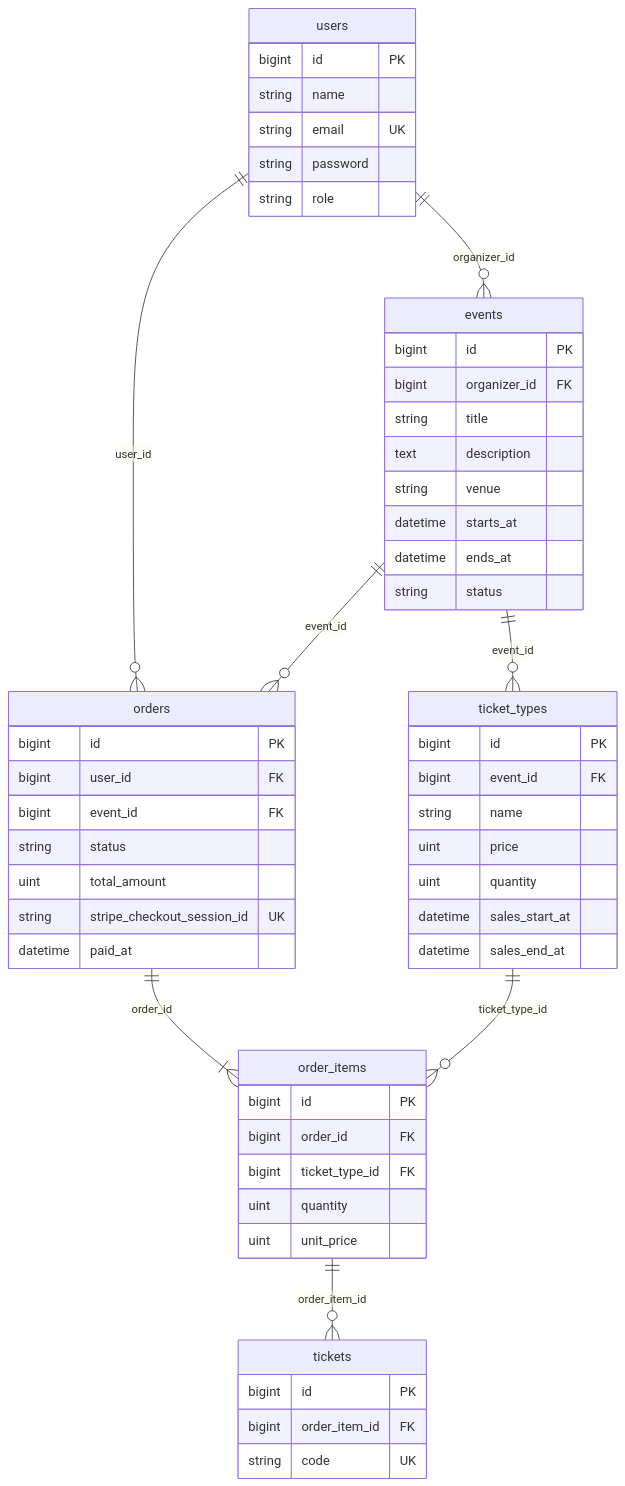
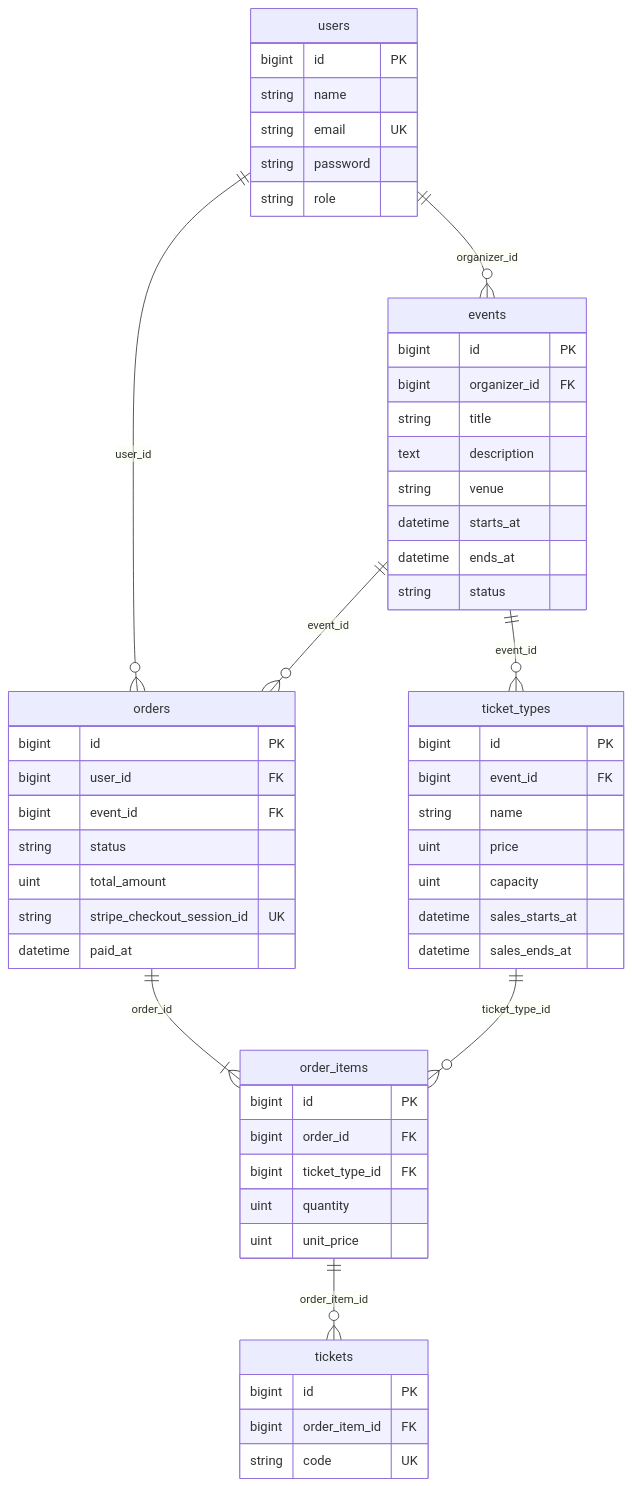
The diagram in doc/design/database.md (nekonimatatabi/ticket-app), drawn with Mermaid before and after one commit. The commit also changed other lines of this file and 9 other files, not shown here.

````diff
--- a/doc/design/database.md
+++ b/doc/design/database.md
@@ -5,58 +5,58 @@
 ```mermaid
 erDiagram
     users ||--o{ events : organizer_id
     users ||--o{ orders : user_id
     events ||--o{ ticket_types : event_id
     events ||--o{ orders : event_id
     orders ||--|{ order_items : order_id
     ticket_types ||--o{ order_items : ticket_type_id
     order_items ||--o{ tickets : order_item_id
 
     users {
         bigint id PK
         string name
         string email UK
         string password
         string role
     }
     events {
         bigint id PK
         bigint organizer_id FK
         string title
         text description
         string venue
         datetime starts_at
         datetime ends_at
         string status
     }
     ticket_types {
         bigint id PK
         bigint event_id FK
         string name
         uint price
-        uint quantity
-        datetime sales_start_at
-        datetime sales_end_at
+        uint capacity
+        datetime sales_starts_at
+        datetime sales_ends_at
     }
     orders {
         bigint id PK
         bigint user_id FK
         bigint event_id FK
         string status
         uint total_amount
         string stripe_checkout_session_id UK
         datetime paid_at
     }
     order_items {
         bigint id PK
         bigint order_id FK
         bigint ticket_type_id FK
         uint quantity
         uint unit_price
     }
     tickets {
         bigint id PK
         bigint order_item_id FK
         string code UK
     }
 ```
````
